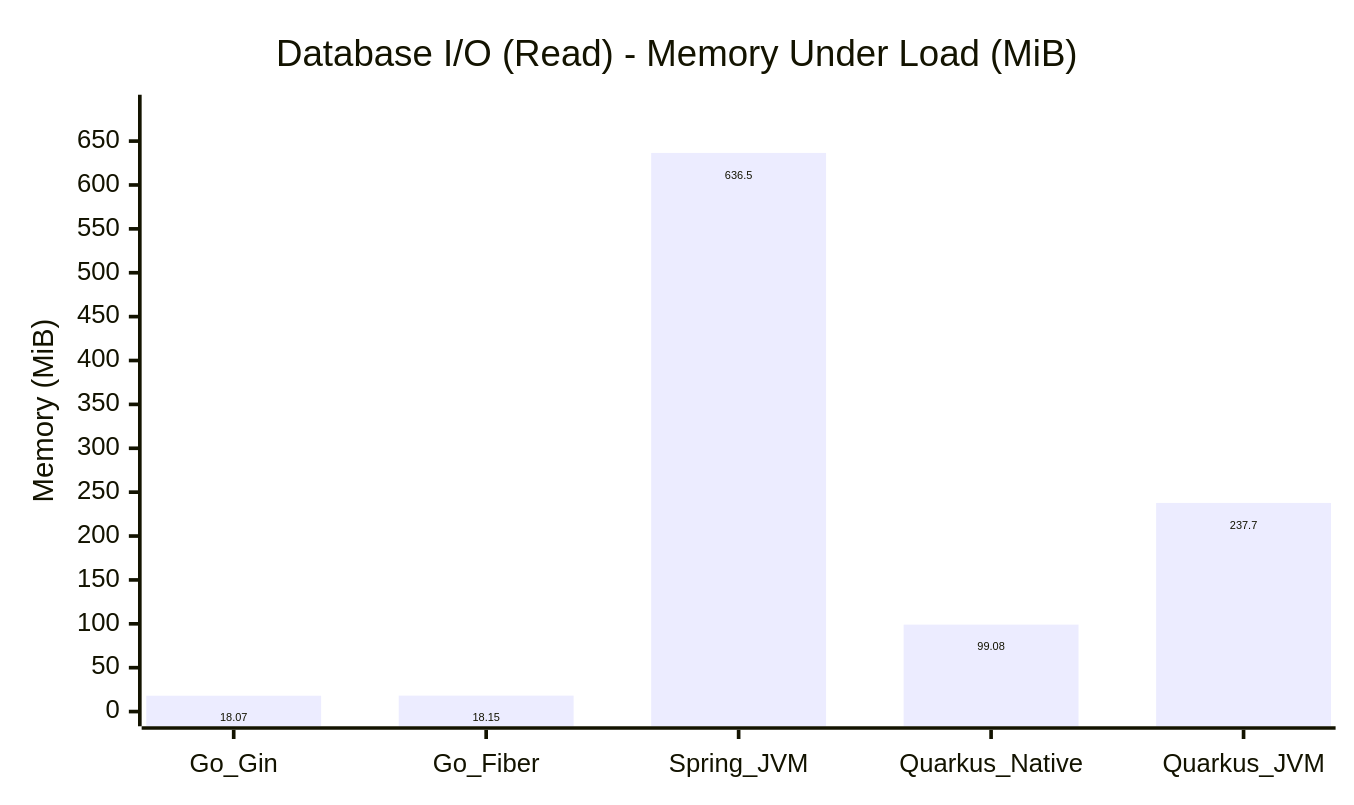
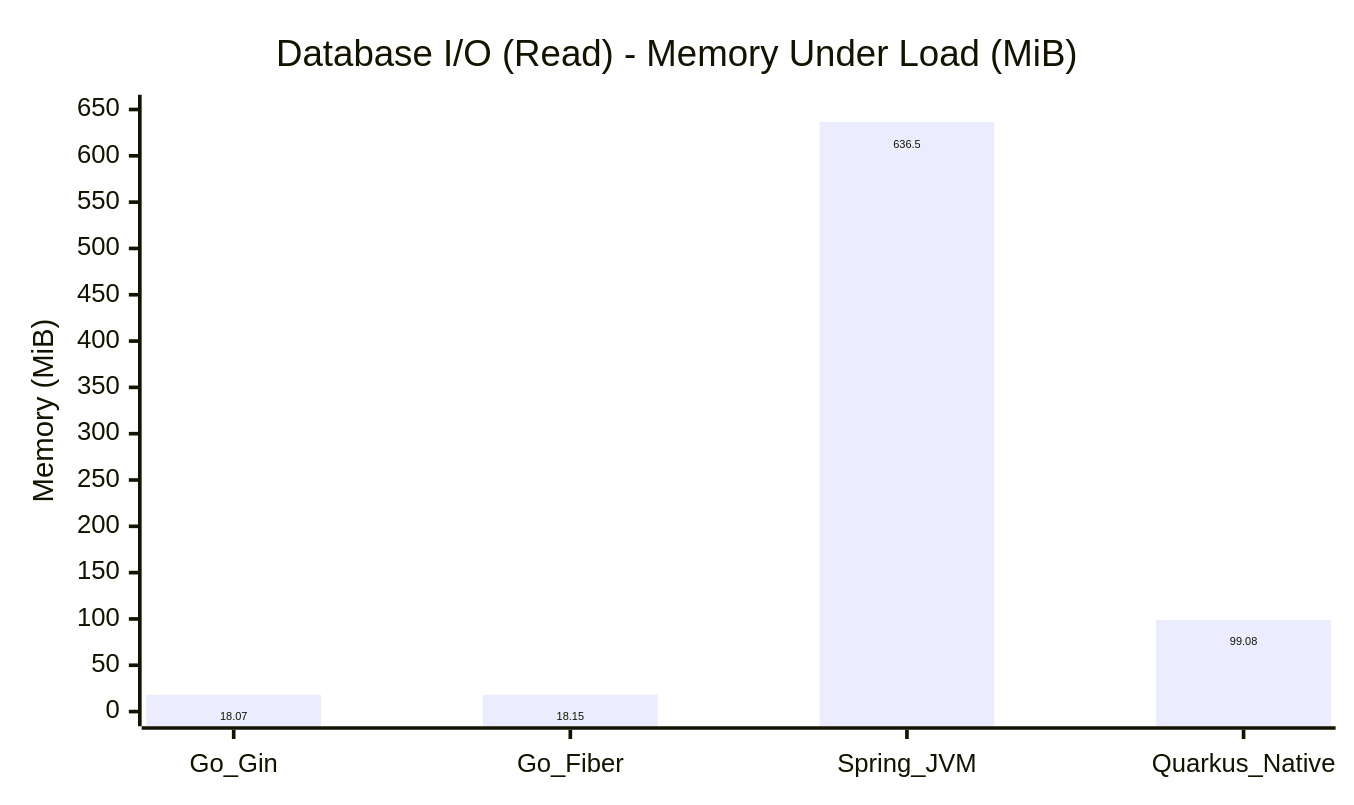
Before and after one commit to hiiamtin/go-vs-java: the sixth of 15 diagrams in COMPARISON_REPORT.md, drawn with Mermaid. The commit also changed other lines of this file and 90 other files, not shown here.

Commit message:
Remove Quarkus JVM variant and refresh benchmark results

````diff
--- a/COMPARISON_REPORT.md
+++ b/COMPARISON_REPORT.md
@@ -123,14 +127,14 @@
 ```mermaid
 ---
 config:
   xyChart:
     width: 720
     height: 420
     showDataLabel: true
 ---
 xychart
     title "Database I/O (Read) - Memory Under Load (MiB)"
-    x-axis [Go_Gin, Go_Fiber, Spring_JVM, Quarkus_Native, Quarkus_JVM]
-    y-axis "Memory (MiB)" 0 --> 686
-    bar [18.07, 18.15, 636.5, 99.08, 237.7]
+    x-axis [Go_Gin, Go_Fiber, Spring_JVM, Quarkus_Native]
+    y-axis "Memory (MiB)" 0 --> 650
+    bar [18.07, 18.15, 636.5, 99.08]
 ```
````
